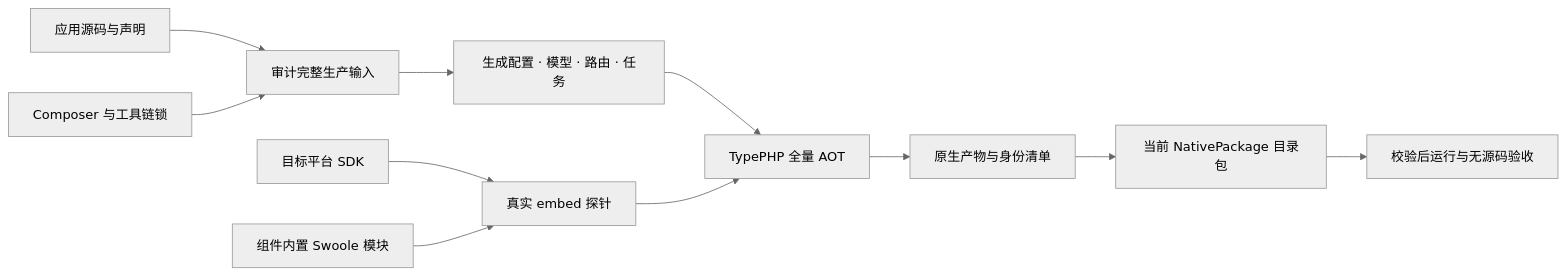
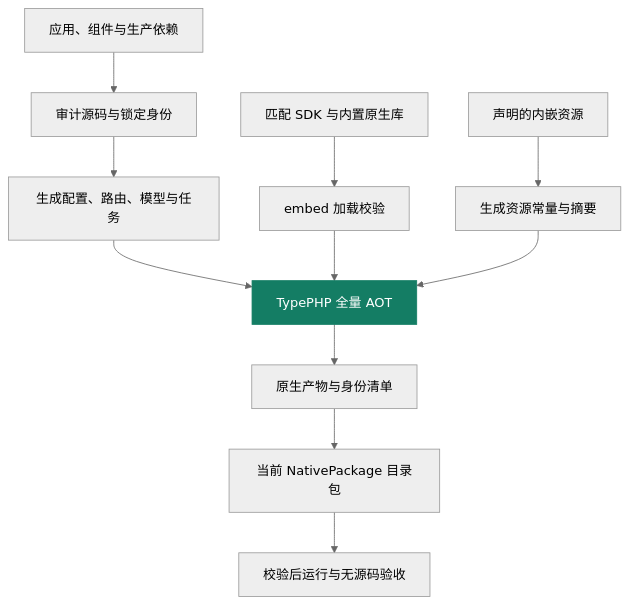
One commit to zoujingli/typeapp changed the first of 2 diagrams in docs/guide/plugins/type-build.md. Above: the diagram before and after it, drawn with Mermaid (neutral theme). The commit also changed other lines of this file and 31 other files, not shown here.

Commit message:
docs(release): 细化版本安装与组件图示并记录候选验收边界

````diff
--- a/docs/guide/plugins/type-build.md
+++ b/docs/guide/plugins/type-build.md
@@ -13,13 +13,14 @@
 ```mermaid
-flowchart LR
-    App[应用源码与声明] --> Audit[审计完整生产输入]
-    Lock[Composer 与工具链锁] --> Audit
-    Audit --> Generate[生成配置 · 模型 · 路由 · 任务]
+flowchart TB
+    App[应用、组件与生产依赖] --> Audit[审计源码与锁定身份]
+    Audit --> Generate[生成配置、路由、模型与任务]
     Generate --> Compile[TypePHP 全量 AOT]
-    SDK[目标平台 SDK] --> Probe[真实 embed 探针]
-    Swoole[组件内置 Swoole 模块] --> Probe
+    SDK[匹配 SDK 与内置原生库] --> Probe[embed 加载校验]
     Probe --> Compile
+    Assets[声明的内嵌资源] --> Resource[生成资源常量与摘要]
+    Resource --> Compile
     Compile --> Artifact[原生产物与身份清单]
     Artifact --> Package[当前 NativePackage 目录包]
     Package --> Verify[校验后运行与无源码验收]
+    style Compile fill:#147d64,color:#fff,stroke:#147d64
 ```
````
